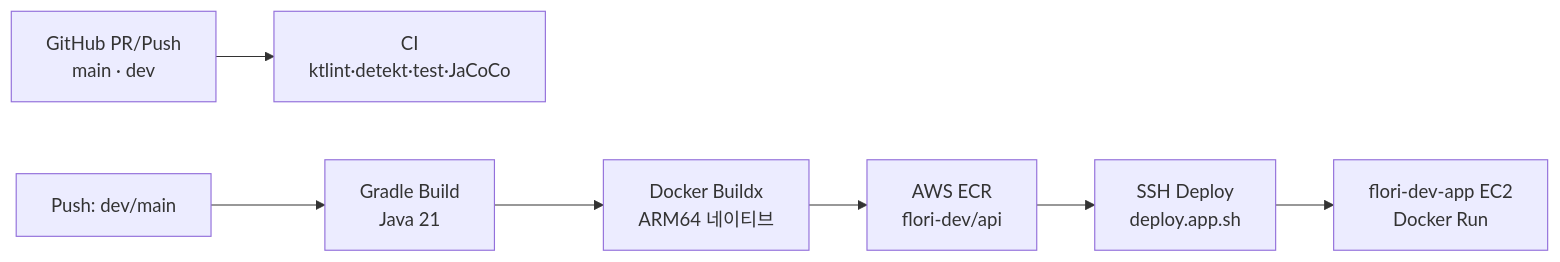
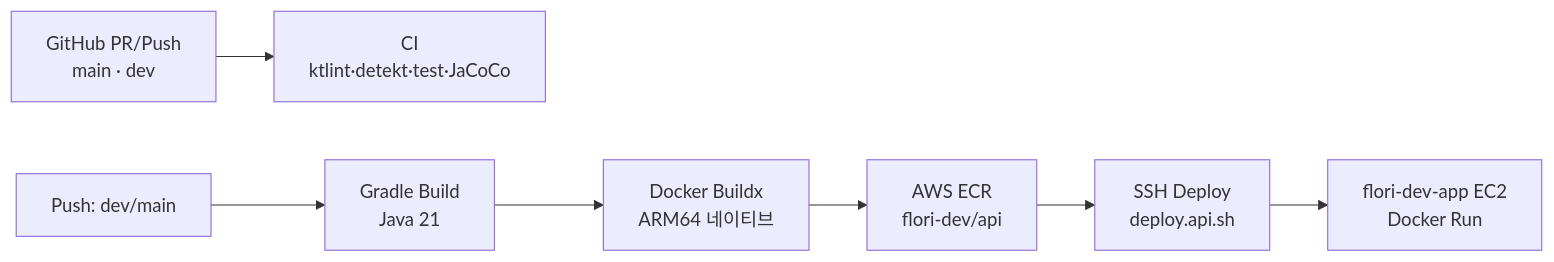
The second of 2 diagrams in README.md (flori-ai-kr/api), drawn with Mermaid before and after one commit. The commit also changed other lines of this file and 1 other file, not shown here.

Commit message:
docs: GitHub 리포명/워크플로 파일명 변경 반영 (server → api)
리포 flori-ai-kr/api rename + 워크플로 deploy-api-dev.yml 리네임에 따라
워크플로 주석·README 의 옛 참조(flori-ai-kr/server, deploy-server-dev.yml,
deploy.app.sh) 를 현행으로 정정.

````diff
--- a/README.md
+++ b/README.md
@@ -229,9 +229,9 @@
 ```mermaid
 flowchart LR
     PR["GitHub PR/Push<br/>main · dev"] --> CI["CI<br/>ktlint·detekt·test·JaCoCo"]
     Push["Push: dev/main"] --> Build["Gradle Build<br/>Java 21"]
     Build --> Docker["Docker Buildx<br/>ARM64 네이티브"]
     Docker --> ECR["AWS ECR<br/>flori-dev/api"]
-    ECR --> SSH["SSH Deploy<br/>deploy.app.sh"]
+    ECR --> SSH["SSH Deploy<br/>deploy.api.sh"]
     SSH --> EC2["flori-dev-app EC2<br/>Docker Run"]
 ```
````
